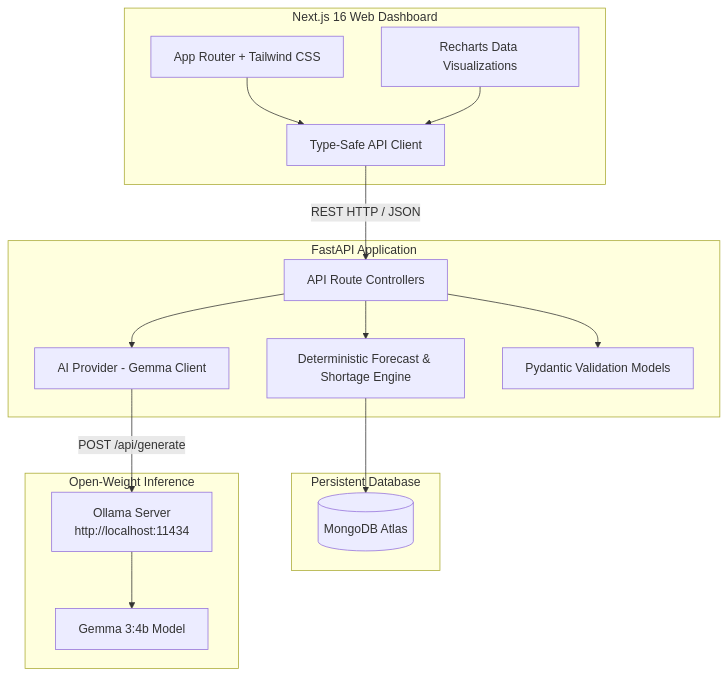
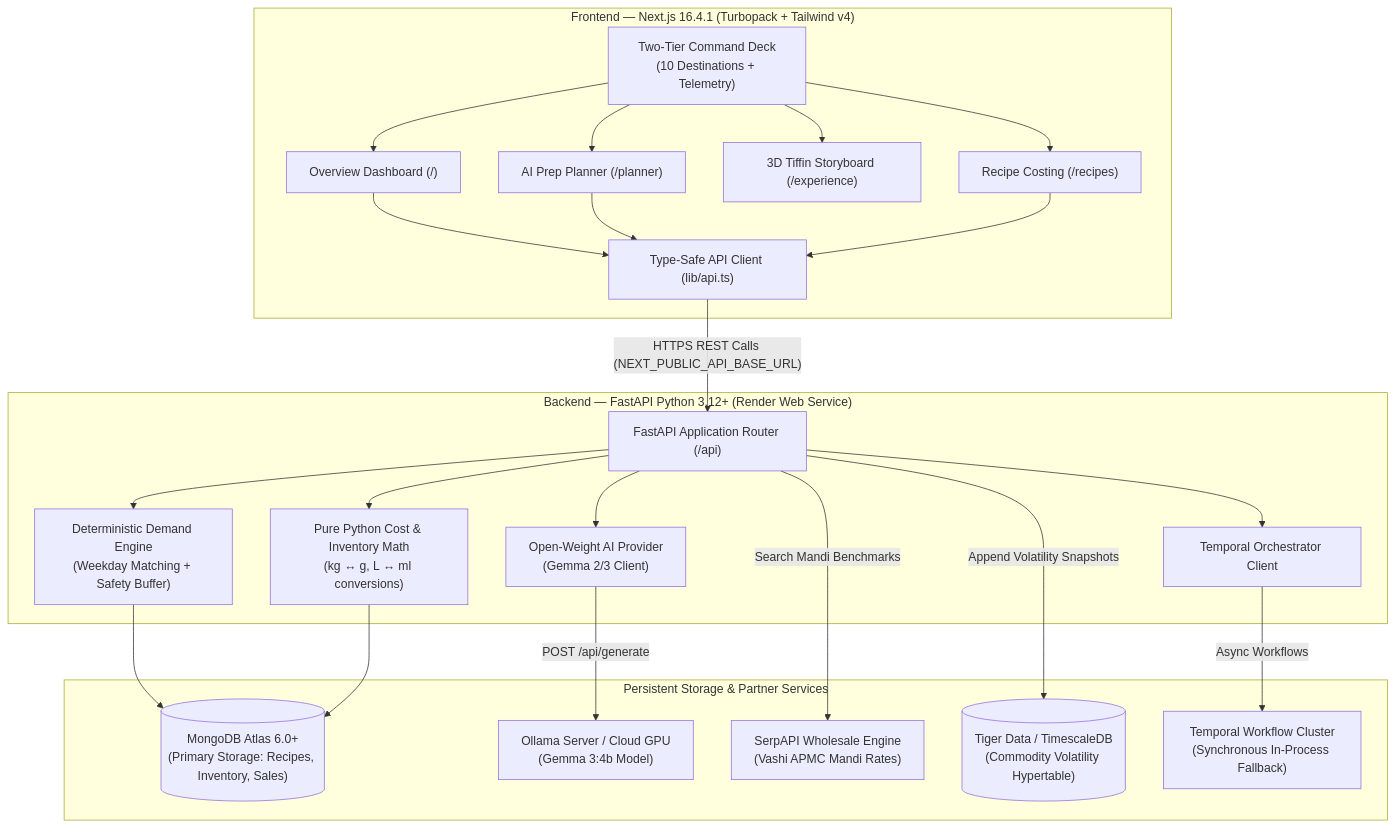
The diagram in README.md (AnshMeshram/DabbaIQ), drawn with Mermaid before and after one commit. The commit also changed other lines of this file and 99 other files, not shown here.

````diff
--- a/README.md
+++ b/README.md
@@ -66,34 +90,48 @@
 ```mermaid
-graph TD
-    subgraph Frontend [Next.js 16 Web Dashboard]
-        UI[App Router + Tailwind CSS]
-        Charts[Recharts Data Visualizations]
-        Client[Type-Safe API Client]
+flowchart TB
+    subgraph Frontend ["Frontend — Next.js 16.4.1 (Turbopack + Tailwind v4)"]
+        Nav["Two-Tier Command Deck<br/>(10 Destinations + Telemetry)"]
+        UI_Dash["Overview Dashboard (/)"]
+        UI_Plan["AI Prep Planner (/planner)"]
+        UI_Exp["3D Tiffin Storyboard (/experience)"]
+        UI_Cost["Recipe Costing (/recipes)"]
+        Client["Type-Safe API Client (lib/api.ts)"]
+
+        Nav --> UI_Dash
+        Nav --> UI_Plan
+        Nav --> UI_Exp
+        Nav --> UI_Cost
+        UI_Dash --> Client
+        UI_Plan --> Client
+        UI_Cost --> Client
     end
 
-    subgraph Backend [FastAPI Application]
-        Router[API Route Controllers]
-        Engine[Deterministic Forecast & Shortage Engine]
-        AIProvider[AI Provider - Gemma Client]
-        Schemas[Pydantic Validation Models]
+    subgraph Backend ["Backend — FastAPI Python 3.12+ (Render Web Service)"]
+        Router["FastAPI Application Router (/api)"]
+        ForecastEngine["Deterministic Demand Engine<br/>(Weekday Matching + Safety Buffer)"]
+        CostEngine["Pure Python Cost & Inventory Math<br/>(kg ↔ g, L ↔ ml conversions)"]
+        AIClient["Open-Weight AI Provider<br/>(Gemma 2/3 Client)"]
+        TemporalClient["Temporal Orchestrator Client"]
+
+        Router --> ForecastEngine
+        Router --> CostEngine
+        Router --> AIClient
+        Router --> TemporalClient
     end
 
-    subgraph Storage [Persistent Database]
-        Mongo[(MongoDB Atlas)]
+    subgraph Data ["Persistent Storage & Partner Services"]
+        Atlas[("MongoDB Atlas 6.0+<br/>(Primary Storage: Recipes, Inventory, Sales)")]
+        Ollama["Ollama Server / Cloud GPU<br/>(Gemma 3:4b Model)"]
+        Serp["SerpAPI Wholesale Engine<br/>(Vashi APMC Mandi Rates)"]
+        Tiger[("Tiger Data / TimescaleDB<br/>(Commodity Volatility Hypertable)")]
+        Temporal["Temporal Workflow Cluster<br/>(Synchronous In-Process Fallback)"]
     end
 
-    subgraph AI [Open-Weight Inference]
-        Ollama[Ollama Server<br/>http://localhost:11434]
-        Gemma[Gemma 3:4b Model]
-    end
-
-    UI --> Client
-    Charts --> Client
-    Client -->|REST HTTP / JSON| Router
-    Router --> Schemas
-    Router --> Engine
-    Router --> AIProvider
-    Engine --> Mongo
-    AIProvider -->|POST /api/generate| Ollama
-    Ollama --> Gemma
+    Client -->|"HTTPS REST Calls (NEXT_PUBLIC_API_BASE_URL)"| Router
+    ForecastEngine --> Atlas
+    CostEngine --> Atlas
+    AIClient -->|"POST /api/generate"| Ollama
+    Router -->|"Search Mandi Benchmarks"| Serp
+    Router -->|"Append Volatility Snapshots"| Tiger
+    TemporalClient -->|"Async Workflows"| Temporal
 ```
````
